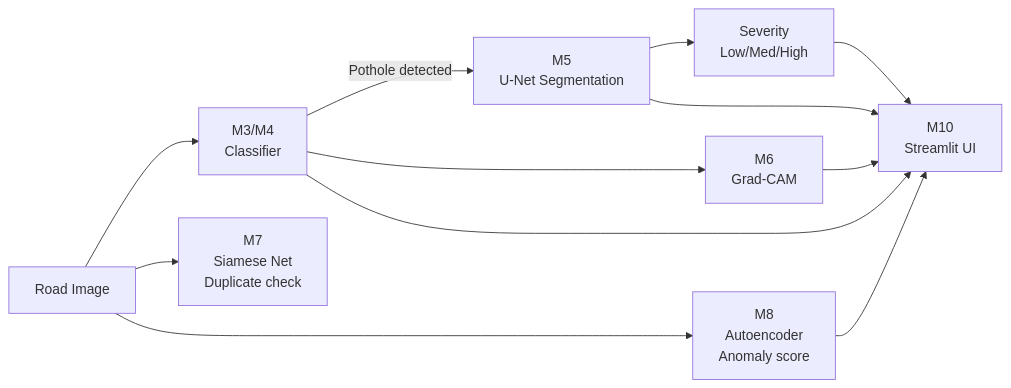
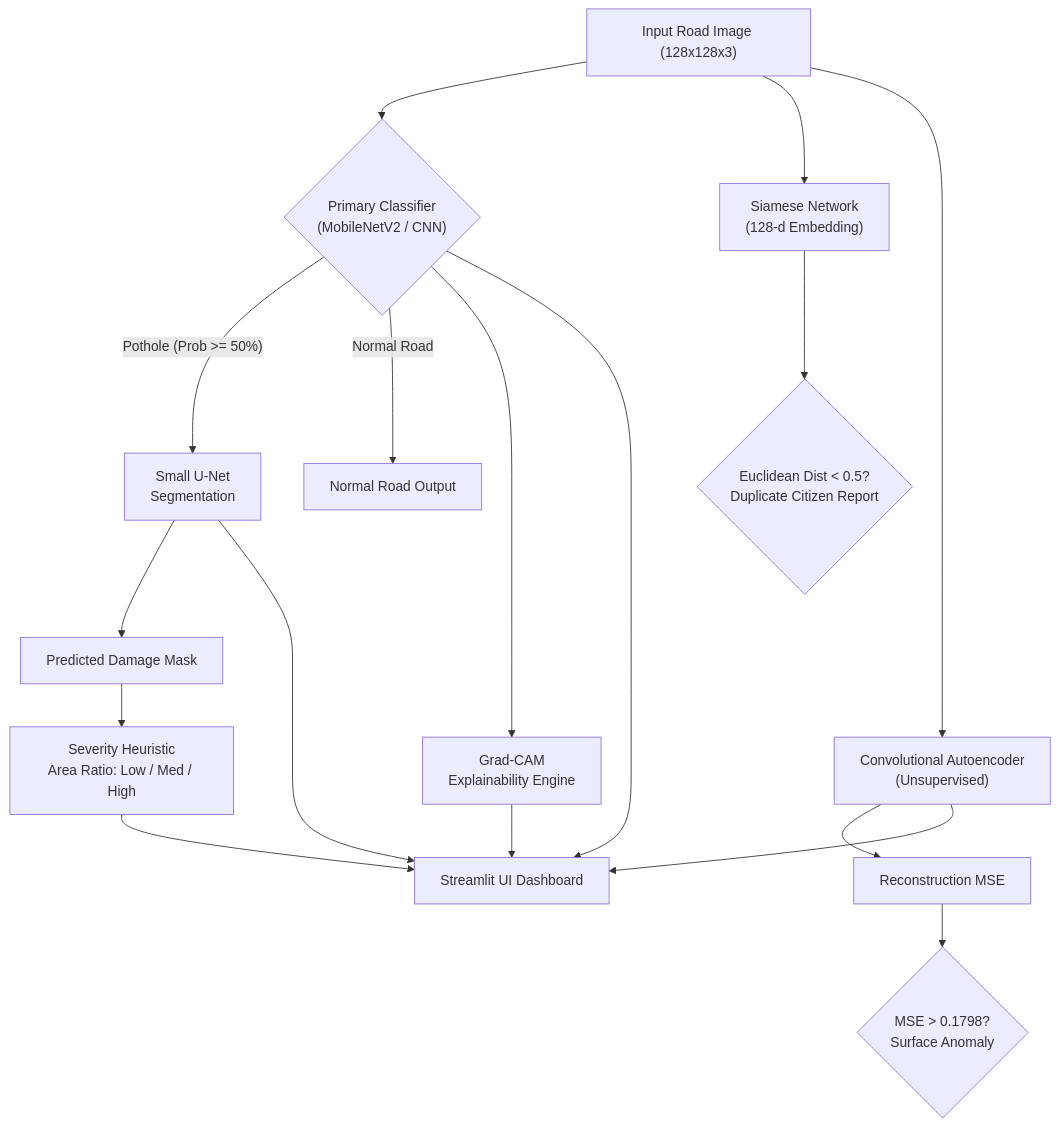
The diagram in README.md (paras151206/PotholeIQ), drawn with Mermaid before and after one commit. The commit also changed other lines of this file and 1 other file, not shown here.

Commit message:
docs(m11): comprehensive README and REPORT with real metrics, bootstrap CIs, and viva analysis

````diff
--- a/README.md
+++ b/README.md
@@ -40,14 +39,23 @@
 ```mermaid
-flowchart LR
-    IMG[Road Image] --> CLF[M3/M4\nClassifier]
-    CLF -->|Pothole detected| SEG[M5\nU-Net Segmentation]
-    CLF --> XAI[M6\nGrad-CAM]
-    SEG --> SEV[Severity\nLow/Med/High]
-    IMG --> SIA[M7\nSiamese Net\nDuplicate check]
-    IMG --> AE[M8\nAutoencoder\nAnomaly score]
-    CLF --> APP[M10\nStreamlit UI]
+flowchart TD
+    IMG["Input Road Image (128x128x3)"] --> CLF{"Primary Classifier\n(MobileNetV2 / CNN)"}
+    CLF -->|"Pothole (Prob >= 50%)"| SEG["Small U-Net\nSegmentation"]
+    CLF -->|"Normal Road"| NORMAL_OUT["Normal Road Output"]
+    CLF --> XAI["Grad-CAM\nExplainability Engine"]
+    
+    SEG --> MASK["Predicted Damage Mask"]
+    MASK --> SEV["Severity Heuristic\nArea Ratio: Low / Med / High"]
+    
+    IMG --> SIA["Siamese Network\n(128-d Embedding)"]
+    SIA --> DUP{"Euclidean Dist < 0.5?\nDuplicate Citizen Report"}
+    
+    IMG --> AE["Convolutional Autoencoder\n(Unsupervised)"]
+    AE --> MSE["Reconstruction MSE"]
+    MSE --> ANOM{"MSE > 0.1798?\nSurface Anomaly"}
+    
+    CLF --> APP["Streamlit UI Dashboard"]
     SEG --> APP
     XAI --> APP
     SEV --> APP
     AE --> APP
 ```
````
